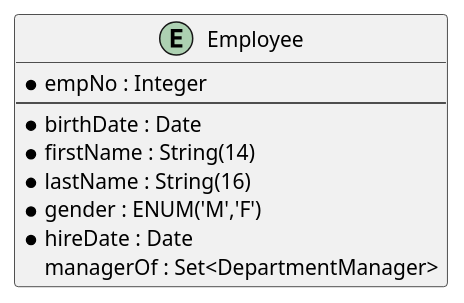
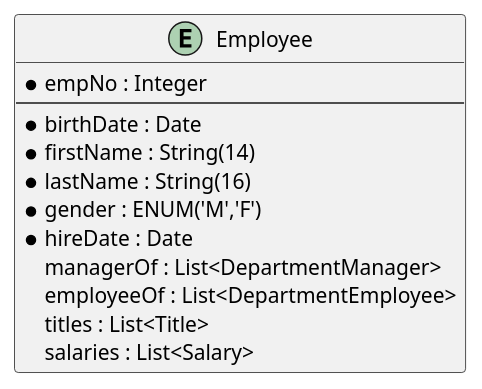
Before and after one commit to AnsgarNell/HR-Tool-Backend: the third of 5 diagrams in README.adoc, drawn with PlantUML. The commit also changed other lines of this file and 2 other files, not shown here.

Commit message:
Updated information about employee in entity and controller.

```diff
--- a/README.adoc
+++ b/README.adoc
@@ -233,13 +233,16 @@
 [plantuml,images/employee-schema,png]
 ....
 entity Employee {
     * empNo : Integer
     --
     * birthDate : Date
     * firstName : String(14)
     * lastName : String(16)
     * gender : ENUM('M','F')
     * hireDate : Date
-    managerOf : Set<DepartmentManager>
+    managerOf : List<DepartmentManager>
+    employeeOf : List<DepartmentEmployee>
+    titles : List<Title>
+    salaries : List<Salary>
 }
 ....
```
